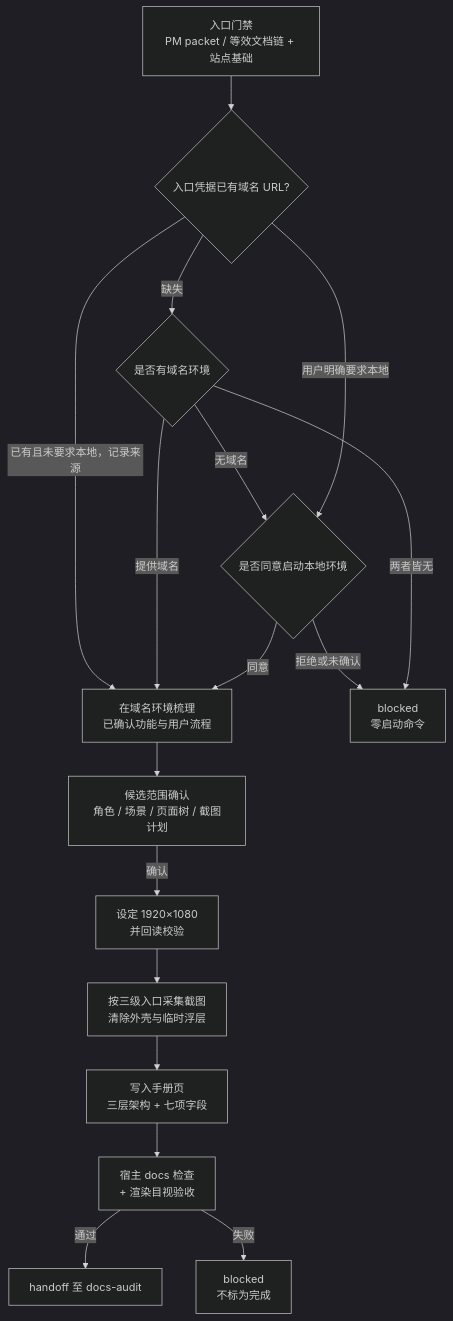
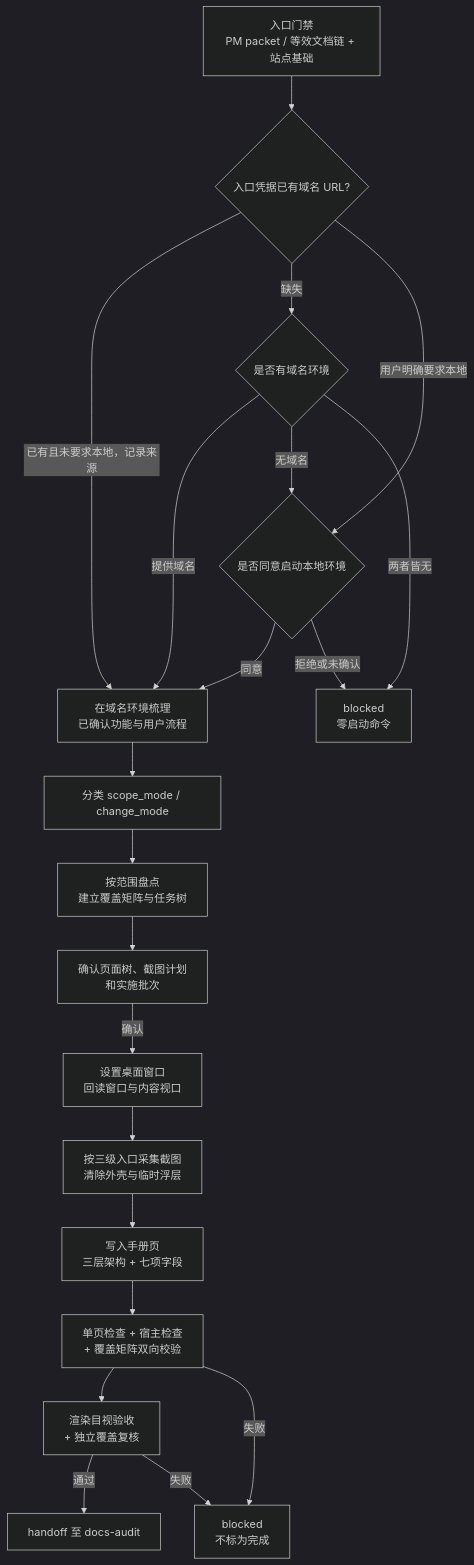
The diagram in docs/pm/agents/docs-agent/manual-gen/PRD.md (Neplich/dev-agent-skills), drawn with Mermaid (dark theme) before and after one commit. The commit also changed other lines of this file and 9 other files, not shown here.

````diff
--- a/docs/pm/agents/docs-agent/manual-gen/PRD.md
+++ b/docs/pm/agents/docs-agent/manual-gen/PRD.md
@@ -131,19 +141,23 @@
 ```mermaid
 flowchart TB
     G["入口门禁<br/>PM packet / 等效文档链 + 站点基础"] --> E{"入口凭据已有域名 URL?"}
     E -->|已有且未要求本地，记录来源| D["在域名环境梳理<br/>已确认功能与用户流程"]
     E -->|缺失| Q{"是否有域名环境"}
     Q -->|提供域名| D
     Q -->|无域名| L{"是否同意启动本地环境"}
     E -->|用户明确要求本地| L
     L -->|同意| D
     L -->|拒绝或未确认| B1["blocked<br/>零启动命令"]
     Q -->|两者皆无| B1
-    D --> S["候选范围确认<br/>角色 / 场景 / 页面树 / 截图计划"]
-    S -->|确认| V["设定 1920×1080<br/>并回读校验"]
+    D --> M["分类 scope_mode / change_mode"]
+    M --> I["按范围盘点<br/>建立覆盖矩阵与任务树"]
+    I --> S["确认页面树、截图计划<br/>和实施批次"]
+    S -->|确认| V["设置桌面窗口<br/>回读窗口与内容视口"]
     V --> C["按三级入口采集截图<br/>清除外壳与临时浮层"]
     C --> W["写入手册页<br/>三层架构 + 七项字段"]
-    W --> R["宿主 docs 检查<br/>+ 渲染目视验收"]
-    R -->|通过| H["handoff 至 docs-audit"]
+    W --> R["单页检查 + 宿主检查<br/>+ 覆盖矩阵双向校验"]
+    R --> X["渲染目视验收<br/>+ 独立覆盖复核"]
+    X -->|通过| H["handoff 至 docs-audit"]
     R -->|失败| B2["blocked<br/>不标为完成"]
+    X -->|失败| B2
 ```
````
